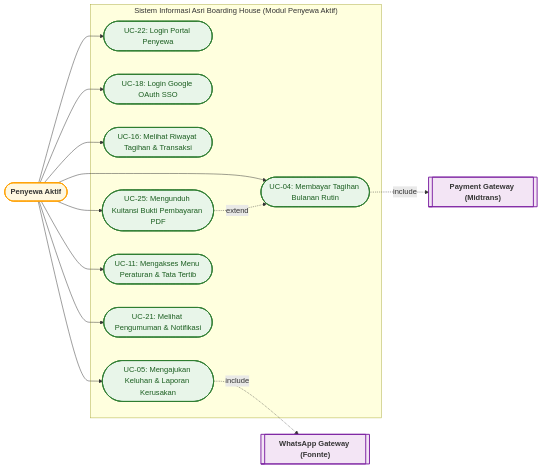
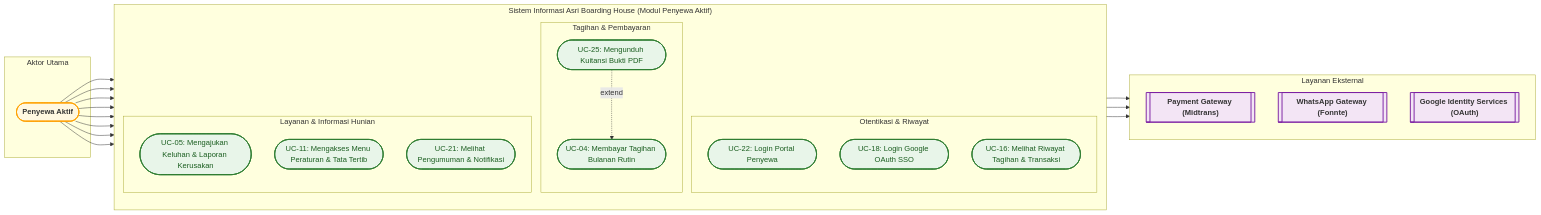
Before and after one commit to rafifarsyapradiva/asri-boarding-house: the diagram in Blueprint/use_case/use_case_penyewa_aktif.mmd, drawn with Mermaid. The commit also changed 35 other files, not shown here.

Commit message:
docs(use-case): finalisasi use case diagram, kepatuhan notasi uml 2.5, alur interaksi terpadu, dan update blueprint v237.0

```diff
--- a/Blueprint/use_case/use_case_penyewa_aktif.mmd
+++ b/Blueprint/use_case/use_case_penyewa_aktif.mmd
@@ -1,38 +1,54 @@
 flowchart LR
     classDef primaryActor fill:#fff8e1,stroke:#ffa000,stroke-width:2px,font-weight:bold;
     classDef secondaryActor fill:#f3e5f5,stroke:#7b1fa2,stroke-width:2px,font-weight:bold;
     classDef ucNode fill:#e8f5e9,stroke:#2e7d32,stroke-width:2px,color:#1b5e20;
 
-    %% Primary Actor
-    Penyewa(["Penyewa Aktif"]):::primaryActor
+    %% Primary Actor (Left)
+    subgraph LeftActor ["Aktor Utama"]
+        Penyewa(["Penyewa Aktif"]):::primaryActor
+    end
 
-    %% Secondary Actors
-    Midtrans[["Payment Gateway (Midtrans)"]]:::secondaryActor
-    Fonnte[["WhatsApp Gateway (Fonnte)"]]:::secondaryActor
+    %% System Boundary (Center)
+    subgraph System ["Sistem Informasi Asri Boarding House (Modul Penyewa Aktif)"]
+        direction TB
+        subgraph BoxAkses ["Otentikasi & Riwayat"]
+            UC22_P(["UC-22: Login Portal Penyewa"]):::ucNode
+            UC18_P(["UC-18: Login Google OAuth SSO"]):::ucNode
+            UC16_P(["UC-16: Melihat Riwayat Tagihan & Transaksi"]):::ucNode
+        end
+        subgraph BoxFinansial ["Tagihan & Pembayaran"]
+            UC04(["UC-04: Membayar Tagihan Bulanan Rutin"]):::ucNode
+            UC25(["UC-25: Mengunduh Kuitansi Bukti PDF"]):::ucNode
+        end
+        subgraph BoxLayanan ["Layanan & Informasi Hunian"]
+            UC05(["UC-05: Mengajukan Keluhan & Laporan Kerusakan"]):::ucNode
+            UC11(["UC-11: Mengakses Menu Peraturan & Tata Tertib"]):::ucNode
+            UC21(["UC-21: Melihat Pengumuman & Notifikasi"]):::ucNode
+        end
+    end
 
-    %% System Boundary
-    subgraph System ["Sistem Informasi Asri Boarding House (Modul Penyewa Aktif)"]
-        UC22_P(["UC-22: Login Portal Penyewa"]):::ucNode
-        UC18_P(["UC-18: Login Google OAuth SSO"]):::ucNode
-        UC16_P(["UC-16: Melihat Riwayat Tagihan & Transaksi"]):::ucNode
-        UC04(["UC-04: Membayar Tagihan Bulanan Rutin"]):::ucNode
-        UC25(["UC-25: Mengunduh Kuitansi Bukti Pembayaran PDF"]):::ucNode
-        UC05(["UC-05: Mengajukan Keluhan & Laporan Kerusakan"]):::ucNode
-        UC11(["UC-11: Mengakses Menu Peraturan & Tata Tertib"]):::ucNode
-        UC21(["UC-21: Melihat Pengumuman & Notifikasi"]):::ucNode
+    %% Secondary Actors (Right)
+    subgraph RightActors ["Layanan Eksternal"]
+        direction TB
+        Midtrans[["Payment Gateway (Midtrans)"]]:::secondaryActor
+        Fonnte[["WhatsApp Gateway (Fonnte)"]]:::secondaryActor
+        Google[["Google Identity Services (OAuth)"]]:::secondaryActor
     end
 
     %% Relations - Penyewa Aktif
     Penyewa --> UC22_P
     Penyewa --> UC18_P
     Penyewa --> UC16_P
     Penyewa --> UC04
     Penyewa --> UC25
     Penyewa --> UC05
     Penyewa --> UC11
     Penyewa --> UC21
 
-    %% Relationships (Include & Extend)
+    %% Extend Dependency
     UC25 -.-> |extend| UC04
-    UC04 -.-> |include| Midtrans
-    UC05 -.-> |include| Fonnte
+
+    %% Secondary Associations
+    UC04 --> Midtrans
+    UC05 --> Fonnte
+    UC18_P --> Google
```
